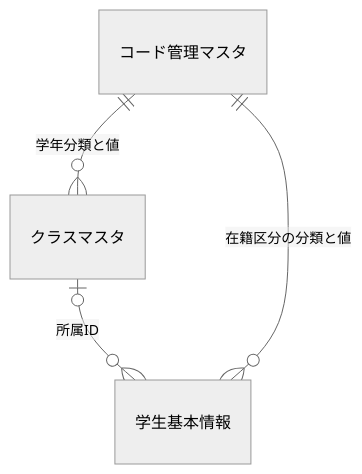
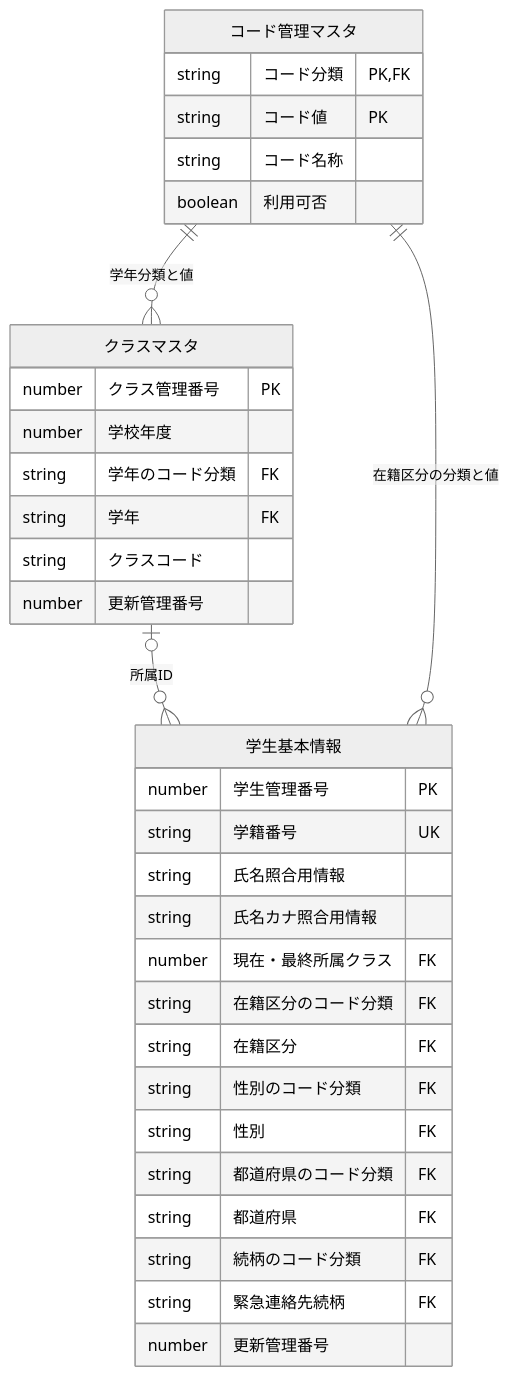
One commit to tujinrong/contextbase-evaluation changed the eighth of 11 diagrams in test-project1/spec/COBOL/基本設計書/01_学生検索画面.md. Above: the diagram before and after it, drawn with Mermaid (neutral theme). The commit also changed other lines of this file and 157 other files, not shown here.

````diff
--- a/test-project1/spec/COBOL/基本設計書/01_学生検索画面.md
+++ b/test-project1/spec/COBOL/基本設計書/01_学生検索画面.md
@@ -311,6 +397,36 @@
 ```mermaid
 erDiagram
     クラスマスタ o|--o{ 学生基本情報 : "所属ID"
     コード管理マスタ ||--o{ クラスマスタ : "学年分類と値"
     コード管理マスタ ||--o{ 学生基本情報 : "在籍区分の分類と値"
+    クラスマスタ {
+        number クラス管理番号 PK
+        number 学校年度
+        string 学年のコード分類 FK
+        string 学年 FK
+        string クラスコード
+        number 更新管理番号
+    }
+    学生基本情報 {
+        number 学生管理番号 PK
+        string 学籍番号 UK
+        string 氏名照合用情報
+        string 氏名カナ照合用情報
+        number 現在・最終所属クラス FK
+        string 在籍区分のコード分類 FK
+        string 在籍区分 FK
+        string 性別のコード分類 FK
+        string 性別 FK
+        string 都道府県のコード分類 FK
+        string 都道府県 FK
+        string 続柄のコード分類 FK
+        string 緊急連絡先続柄 FK
+        number 更新管理番号
+    }
+    コード管理マスタ {
+        string コード分類 PK,FK
+        string コード値 PK
+        string コード名称
+        boolean 利用可否
+    }
 ```
````
